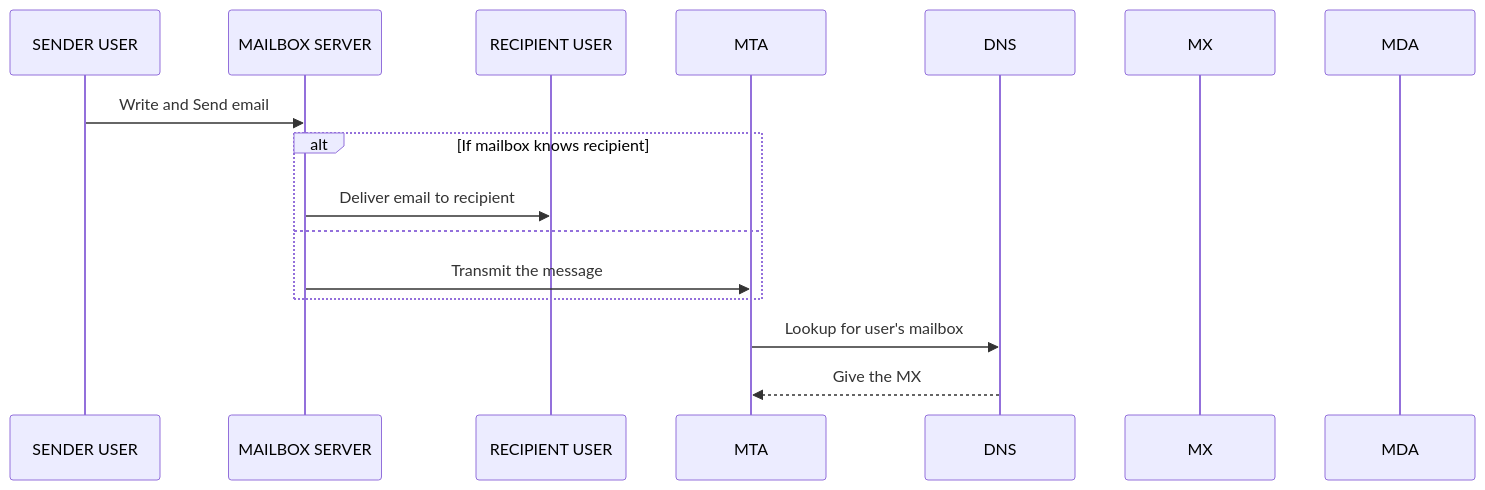
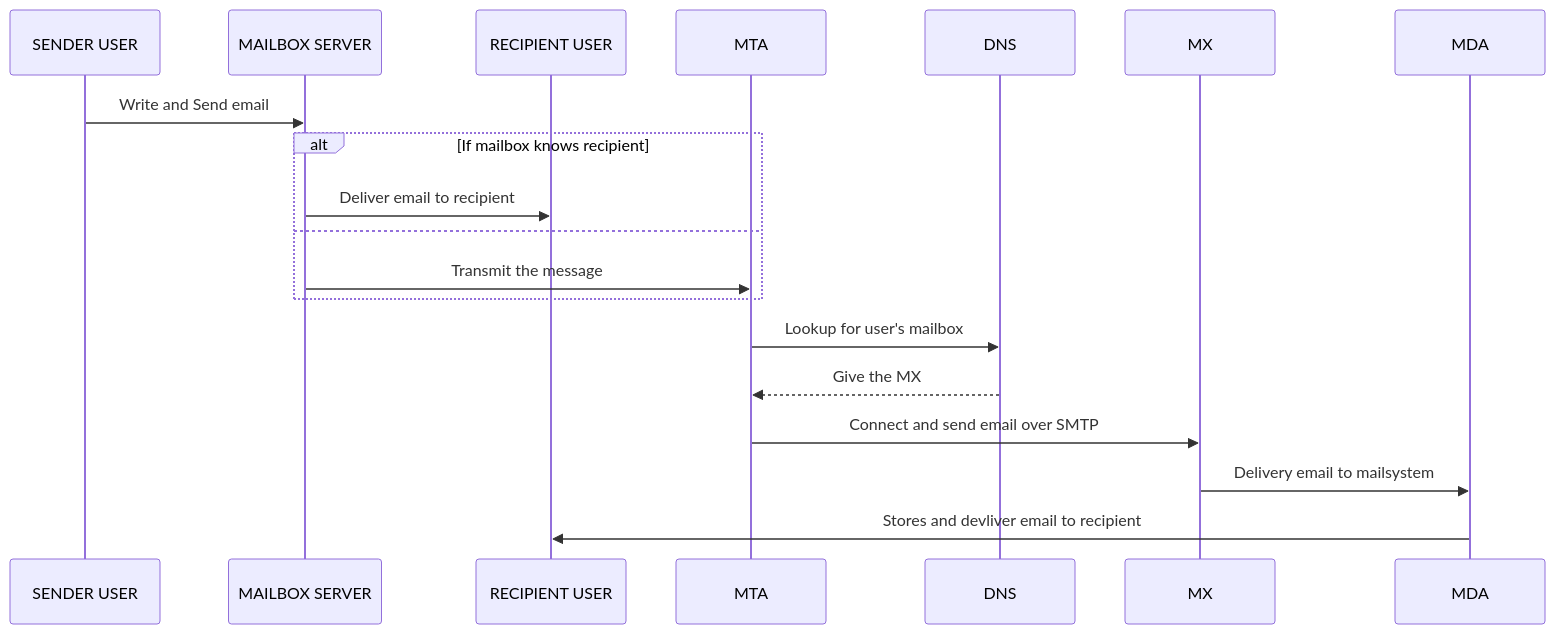
The diagram in engineering-management/week1.md (mathalro/micromaster-cloudcomputing), drawn with Mermaid before and after one commit.

````diff
--- a/engineering-management/week1.md
+++ b/engineering-management/week1.md
@@ -49,21 +49,24 @@
 ```mermaid
  sequenceDiagram
     participant SENDER USER
     participant MAILBOX SERVER
     participant RECIPIENT USER
     participant MTA
     participant DNS
     participant MX
     participant MDA
 
     SENDER USER->>MAILBOX SERVER: Write and Send email
     
     alt If mailbox knows recipient
      MAILBOX SERVER->>RECIPIENT USER: Deliver email to recipient
     else
      MAILBOX SERVER->>MTA: Transmit the message
     end
     
     MTA->>DNS: Lookup for user's mailbox
     DNS-->>MTA: Give the MX
+    MTA->>MX: Connect and send email over SMTP
+    MX->>MDA: Delivery email to mailsystem
+    MDA->>RECIPIENT USER: Stores and devliver email to recipient
 ```
````
